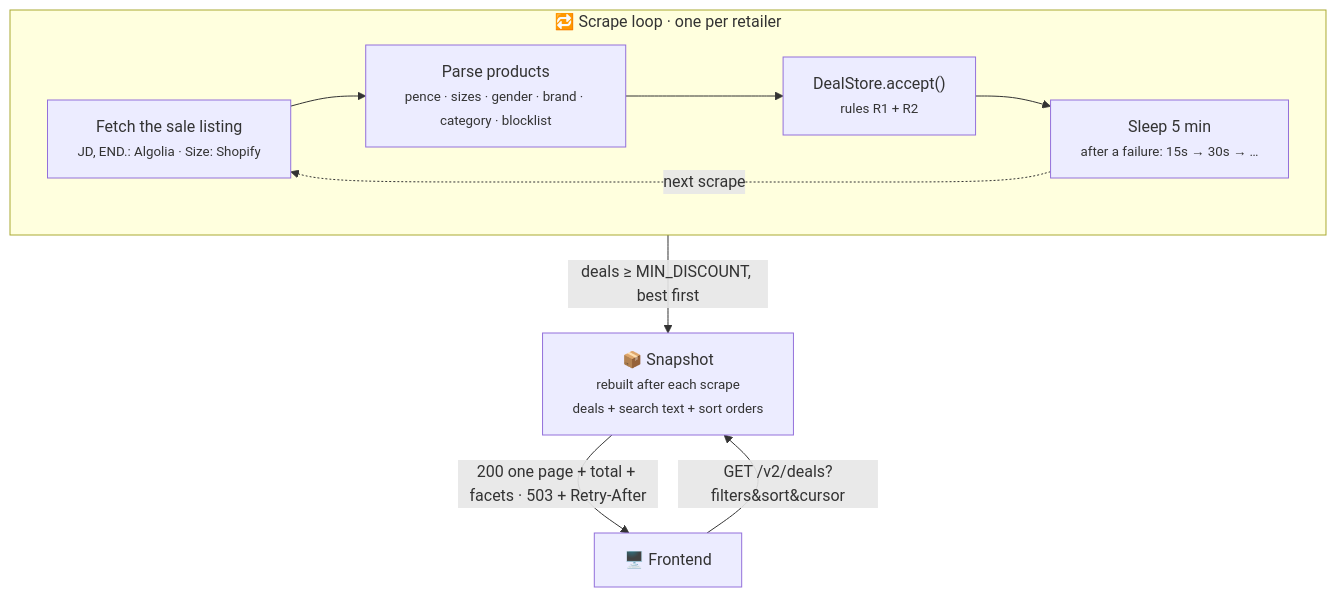
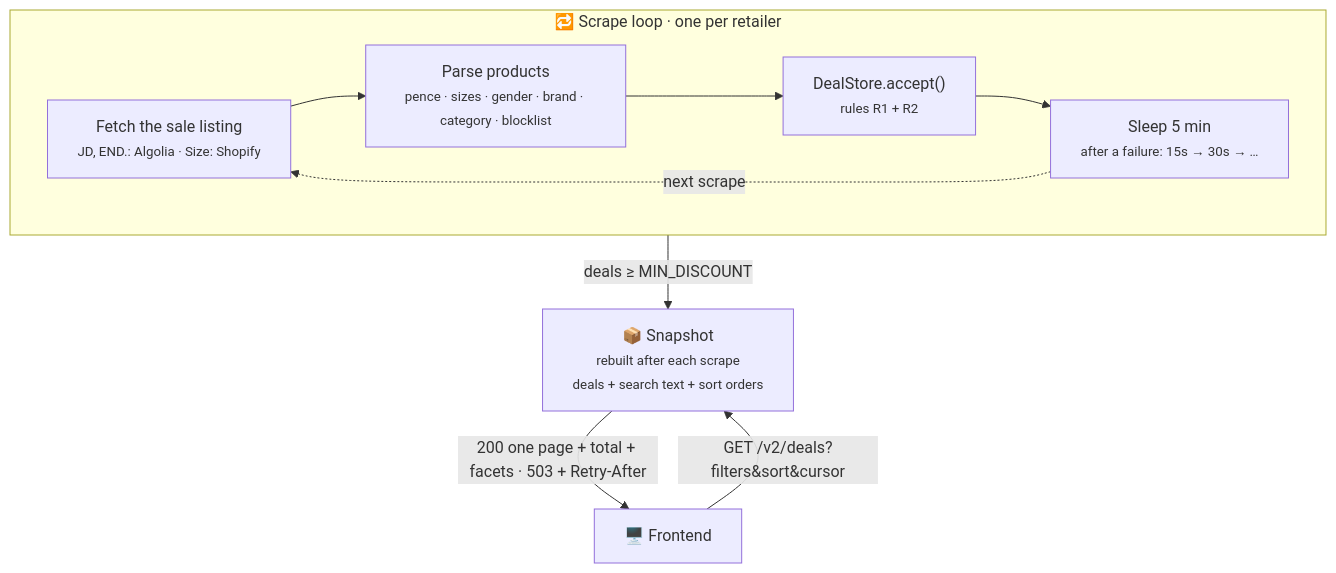
One commit to JahanU/bargain-web-scraper changed the first of 2 diagrams in backend/README.md. Above: the diagram before and after it, drawn with Mermaid. The commit also changed other lines of this file and 3 other files, not shown here.

````diff
--- a/backend/README.md
+++ b/backend/README.md
@@ -7,19 +7,19 @@
 ```mermaid
 flowchart TB
     subgraph loop["🔁 Scrape loop · one per retailer"]
         direction LR
         fetch["Fetch the sale listing<br/><small>JD, END.: Algolia · Size: Shopify</small>"]
         parse["Parse products<br/><small>pence · sizes · gender · brand · category · blocklist</small>"]
         accept["DealStore.accept()<br/><small>rules R1 + R2</small>"]
         wait["Sleep 5 min<br/><small>after a failure: 15s → 30s → …</small>"]
         fetch --> parse --> accept --> wait
         wait -. next scrape .-> fetch
     end
 
     built["📦 Snapshot<br/><small>rebuilt after each scrape<br/>deals + search text + sort orders</small>"]
     client["🖥️ Frontend"]
 
-    accept -- "deals ≥ MIN_DISCOUNT, best first" --> built
+    accept -- "deals ≥ MIN_DISCOUNT" --> built
     client -- "GET /v2/deals?filters&sort&cursor" --> built
     built -- "200 one page + total + facets · 503 + Retry-After" --> client
 ```
````
